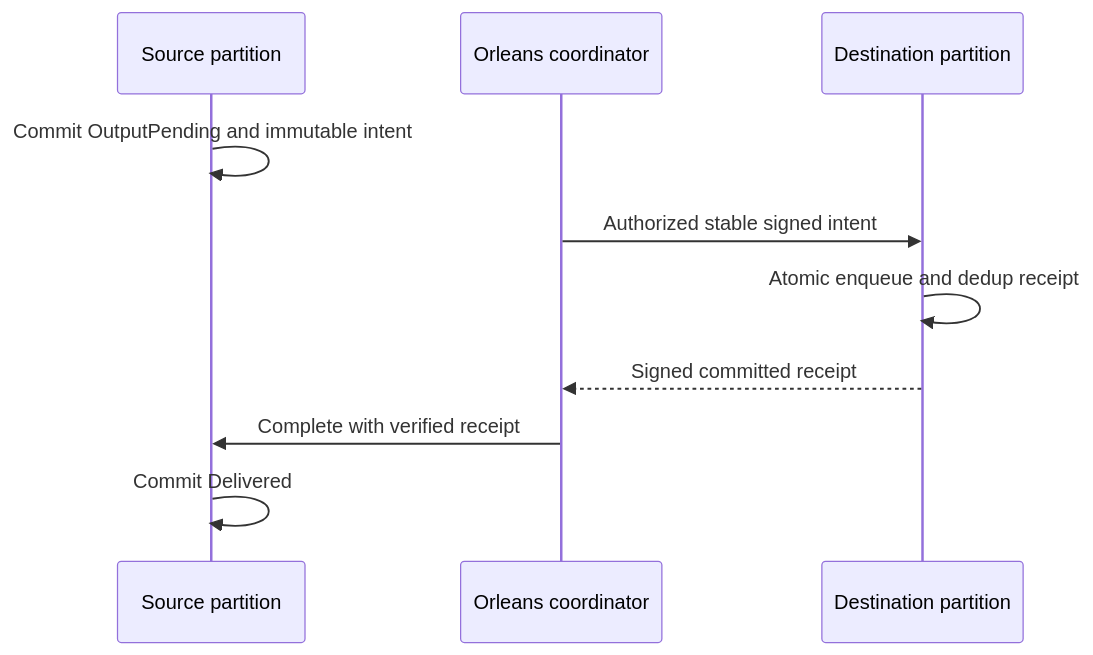
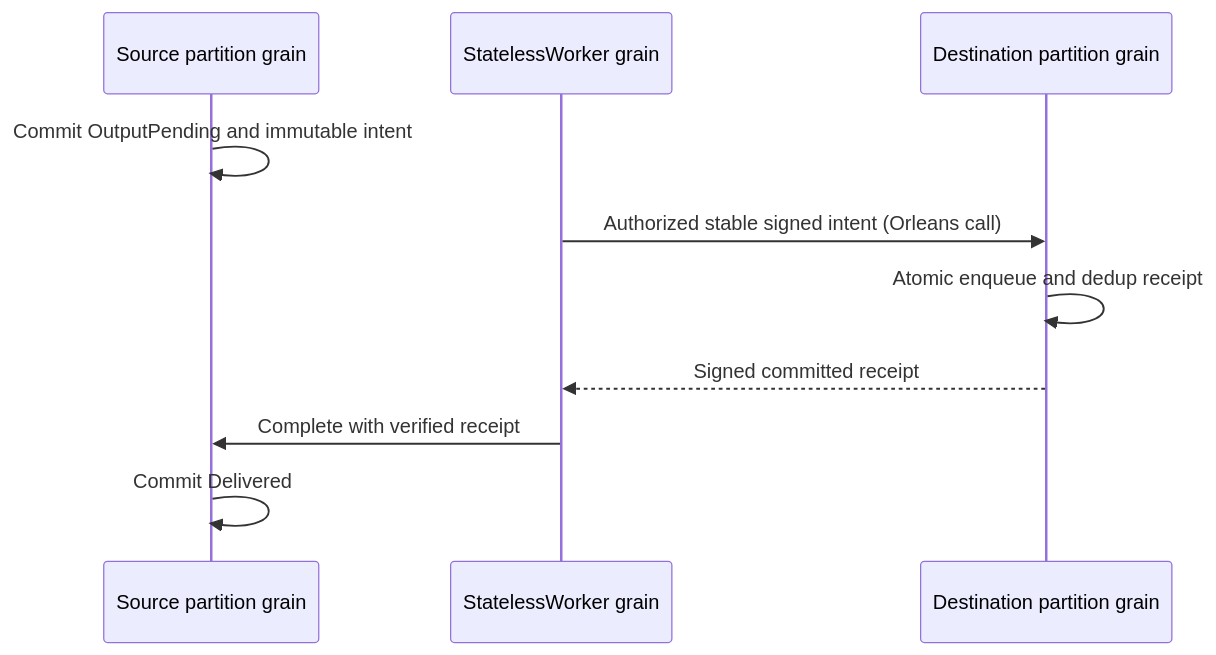
One commit to managedcode/KeyLoad changed the first of 2 diagrams in docs/Features/Messaging/RemoteTransfers.md. Above: the diagram before and after it, drawn with Mermaid. The commit also changed other lines of this file and 271 other files, not shown here.

````diff
--- a/docs/Features/Messaging/RemoteTransfers.md
+++ b/docs/Features/Messaging/RemoteTransfers.md
@@ -99,12 +94,12 @@
 ```mermaid
 sequenceDiagram
-    participant S as Source partition
-    participant W as Orleans coordinator
-    participant D as Destination partition
+    participant S as Source partition grain
+    participant W as StatelessWorker grain
+    participant D as Destination partition grain
     S->>S: Commit OutputPending and immutable intent
-    W->>D: Authorized stable signed intent
+    W->>D: Authorized stable signed intent (Orleans call)
     D->>D: Atomic enqueue and dedup receipt
     D-->>W: Signed committed receipt
     W->>S: Complete with verified receipt
     S->>S: Commit Delivered
 ```
````
